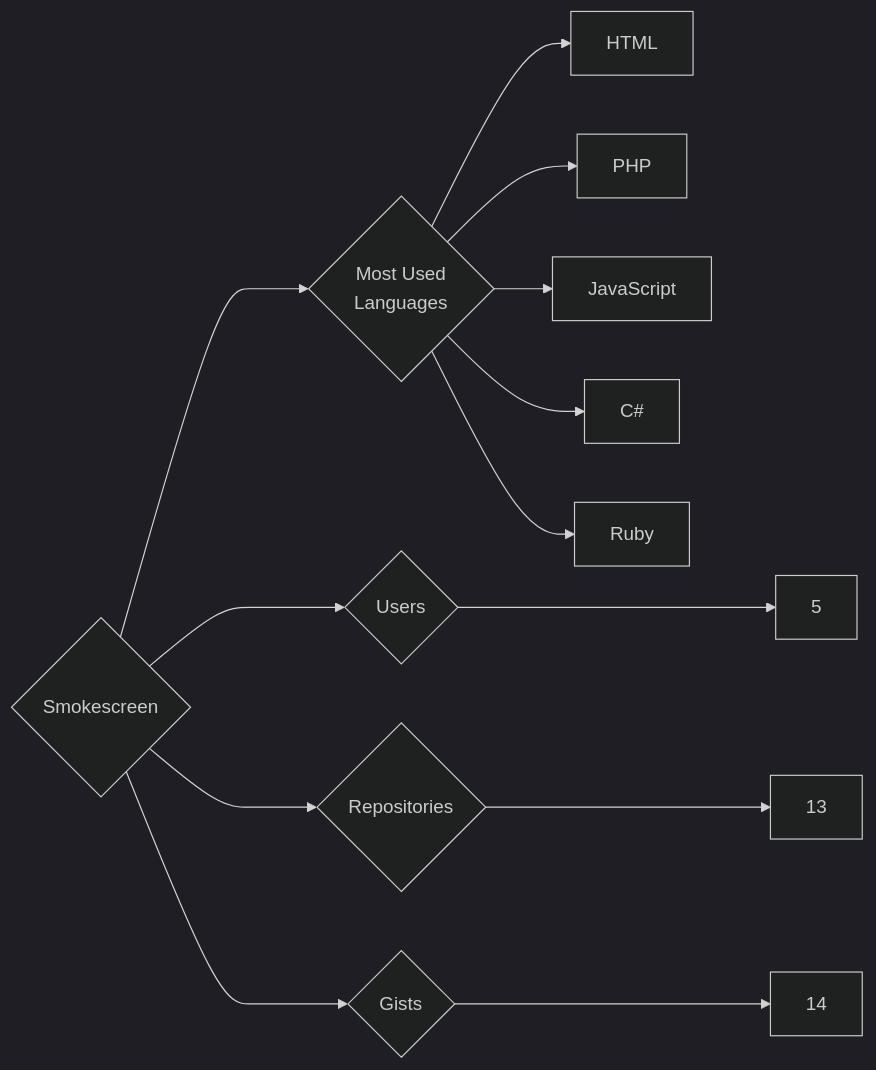
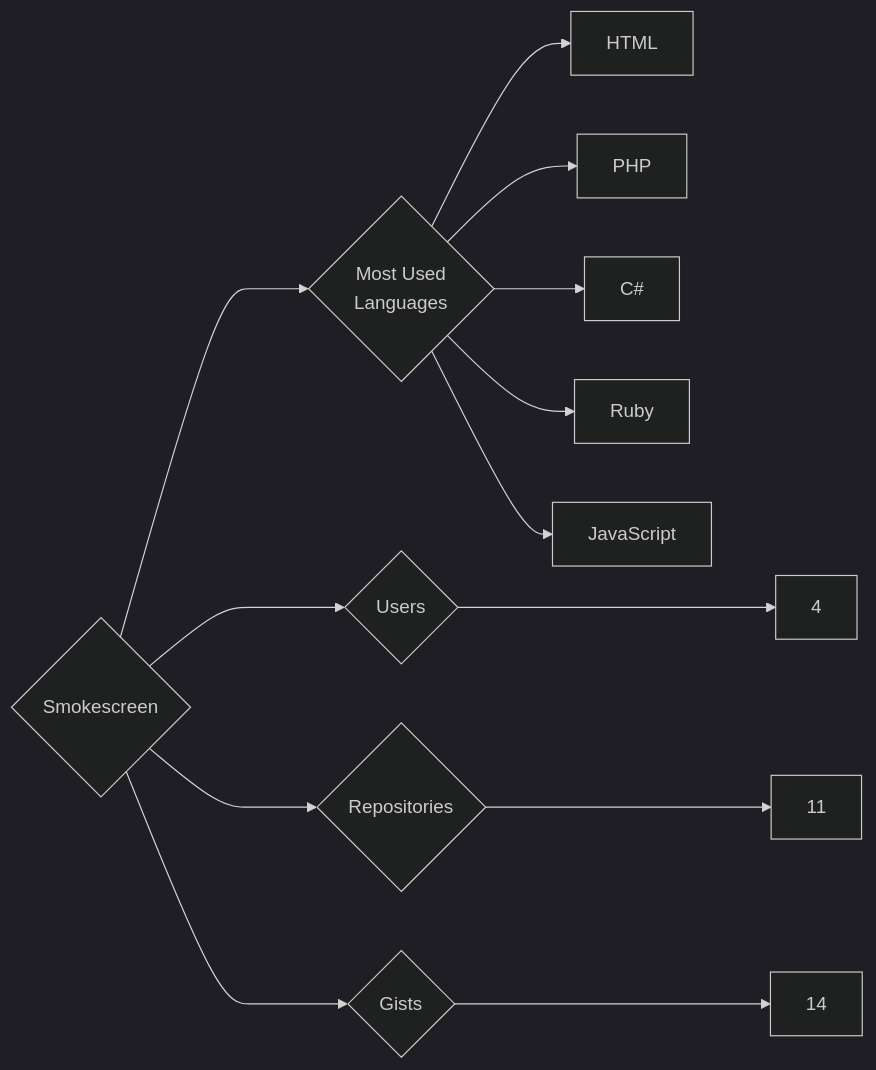
The diagram in targets/Smokescreen/README.md (trickest/insiders), drawn with Mermaid (dark theme) before and after one commit. The commit also changed 964 other files, not shown here.

````diff
--- a/targets/Smokescreen/README.md
+++ b/targets/Smokescreen/README.md
@@ -3,13 +3,13 @@
 ```mermaid
 graph LR
 COMPANY_NAME{Smokescreen}
-COMPANY_NAME ---> U{Users} ---> UN[5]
-COMPANY_NAME ---> R{Repositories} ---> RN[13]
+COMPANY_NAME ---> U{Users} ---> UN[4]
+COMPANY_NAME ---> R{Repositories} ---> RN[11]
 COMPANY_NAME ---> G{Gists} ---> GN[14]
 COMPANY_NAME ---> ML{Most Used<br>Languages}
 ML --> HTML[HTML]
 ML --> PHP[PHP]
-ML --> JavaScript[JavaScript]
 ML --> C#[C#]
 ML --> Ruby[Ruby]
+ML --> JavaScript[JavaScript]
 ```
````
